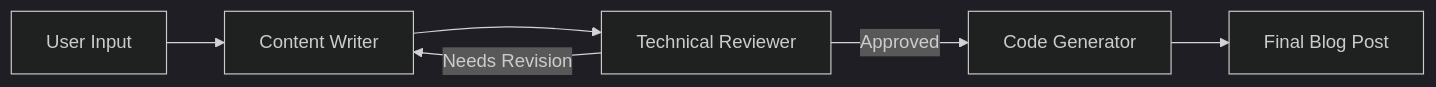
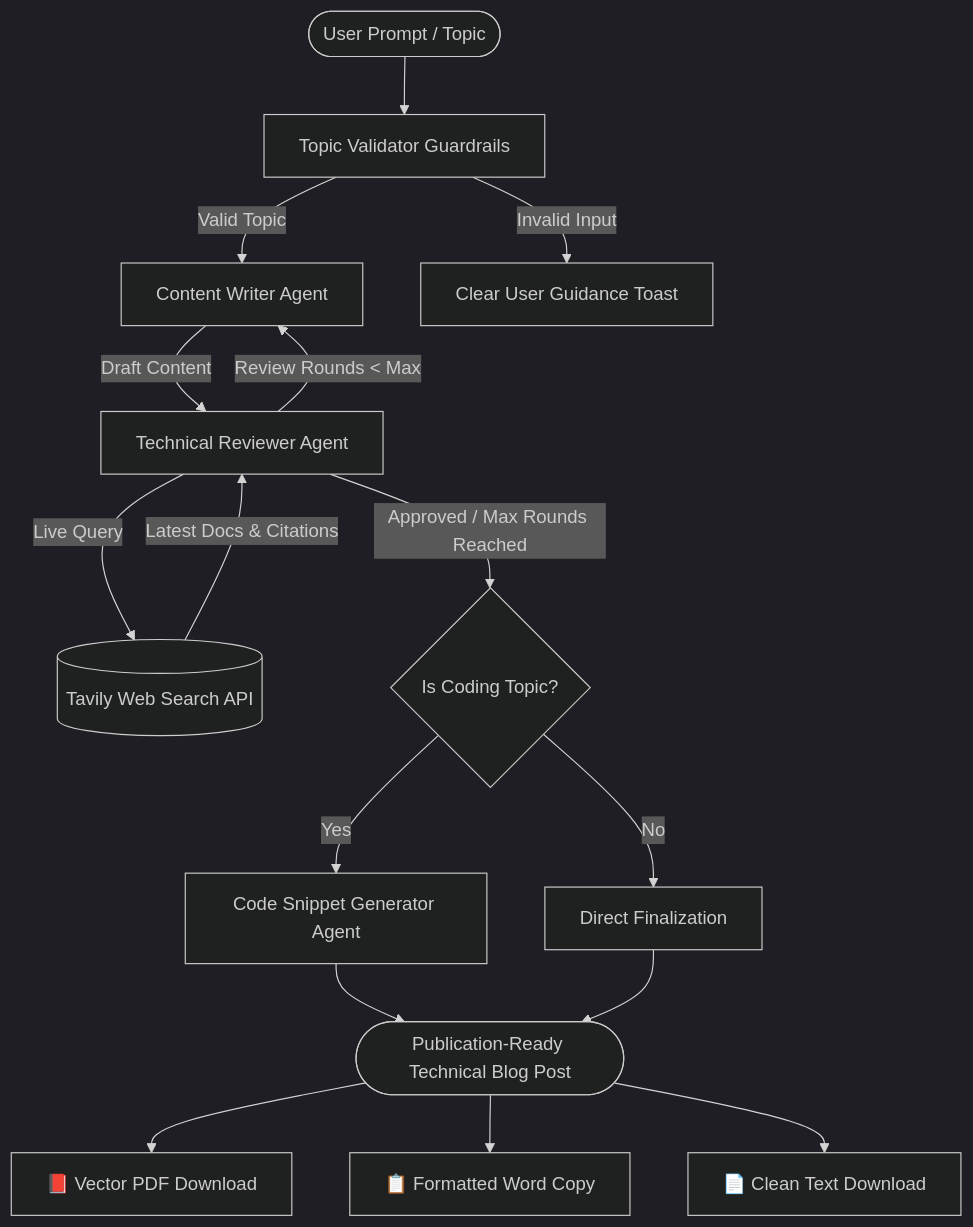
The diagram in README.md (Ijlal-Hussaini/technical-blog-factory), drawn with Mermaid (dark theme) before and after one commit. The commit also changed other lines of this file and 5 other files, not shown here.

Commit message:
docs: completely rewrite README for v2 architecture and remove legacy screenshots

````diff
--- a/README.md
+++ b/README.md
@@ -53,8 +67,23 @@
 ```mermaid
-graph LR
-    A[User Input] --> B[Content Writer]
-    B --> C[Technical Reviewer]
-    C -->|Needs Revision| B
-    C -->|Approved| D[Code Generator]
-    D --> E[Final Blog Post]
+flowchart TD
+    A([User Prompt / Topic]) --> B[Topic Validator Guardrails]
+    B -->|Valid Topic| C[Content Writer Agent]
+    B -->|Invalid Input| ERR[Clear User Guidance Toast]
+    
+    C -->|Draft Content| D[Technical Reviewer Agent]
+    D -->|Live Query| E[(Tavily Web Search API)]
+    E -->|Latest Docs & Citations| D
+    
+    D -->|Review Rounds < Max| C
+    D -->|Approved / Max Rounds Reached| F{Is Coding Topic?}
+    
+    F -->|Yes| G[Code Snippet Generator Agent]
+    F -->|No| H[Direct Finalization]
+    
+    G --> I([Publication-Ready Technical Blog Post])
+    H --> I
+    
+    I --> J1[📕 Vector PDF Download]
+    I --> J2[📋 Formatted Word Copy]
+    I --> J3[📄 Clean Text Download]
 ```
````
